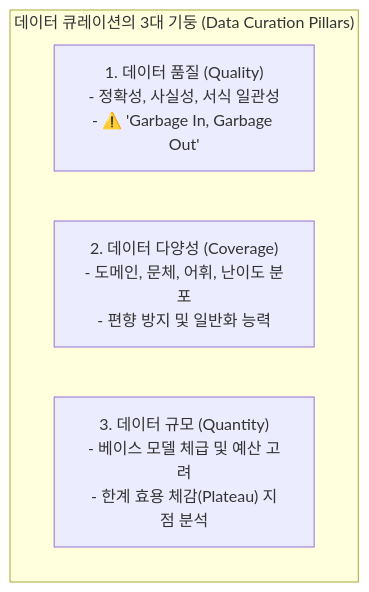
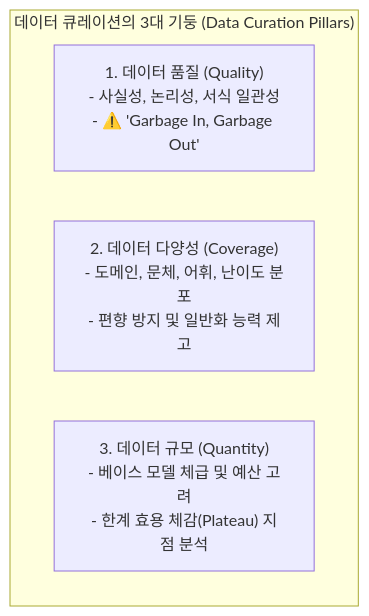
The first of 2 diagrams in chapter-qa/ch08-datasets-and-data-engineering-qa/01-data-curation-quality-coverage-and-quantity.md (sing-u8/AI-Engineering), drawn with Mermaid before and after one commit. The commit also changed other lines of this file and 25 other files, not shown here.

````diff
--- a/chapter-qa/ch08-datasets-and-data-engineering-qa/01-data-curation-quality-coverage-and-quantity.md
+++ b/chapter-qa/ch08-datasets-and-data-engineering-qa/01-data-curation-quality-coverage-and-quantity.md
@@ -34,8 +34,8 @@
 ```mermaid
 flowchart TD
     subgraph Pillars["데이터 큐레이션의 3대 기둥 (Data Curation Pillars)"]
-        Q["1. 데이터 품질 (Quality)\n- 정확성, 사실성, 서식 일관성\n- ⚠️ 'Garbage In, Garbage Out'"]
-        C["2. 데이터 다양성 (Coverage)\n- 도메인, 문체, 어휘, 난이도 분포\n- 편향 방지 및 일반화 능력"]
+        Q["1. 데이터 품질 (Quality)\n- 사실성, 논리성, 서식 일관성\n- ⚠️ 'Garbage In, Garbage Out'"]
+        C["2. 데이터 다양성 (Coverage)\n- 도메인, 문체, 어휘, 난이도 분포\n- 편향 방지 및 일반화 능력 제고"]
         N["3. 데이터 규모 (Quantity)\n- 베이스 모델 체급 및 예산 고려\n- 한계 효용 체감(Plateau) 지점 분석"]
     end
 ```
````
